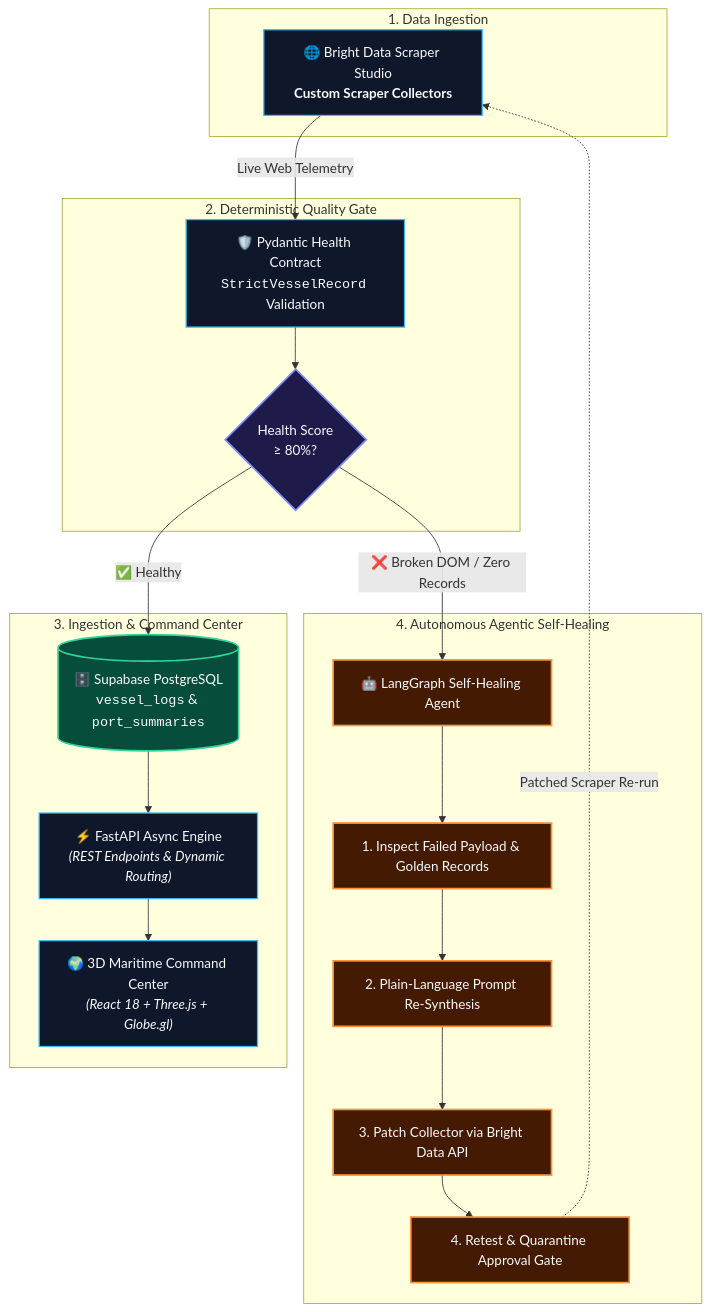
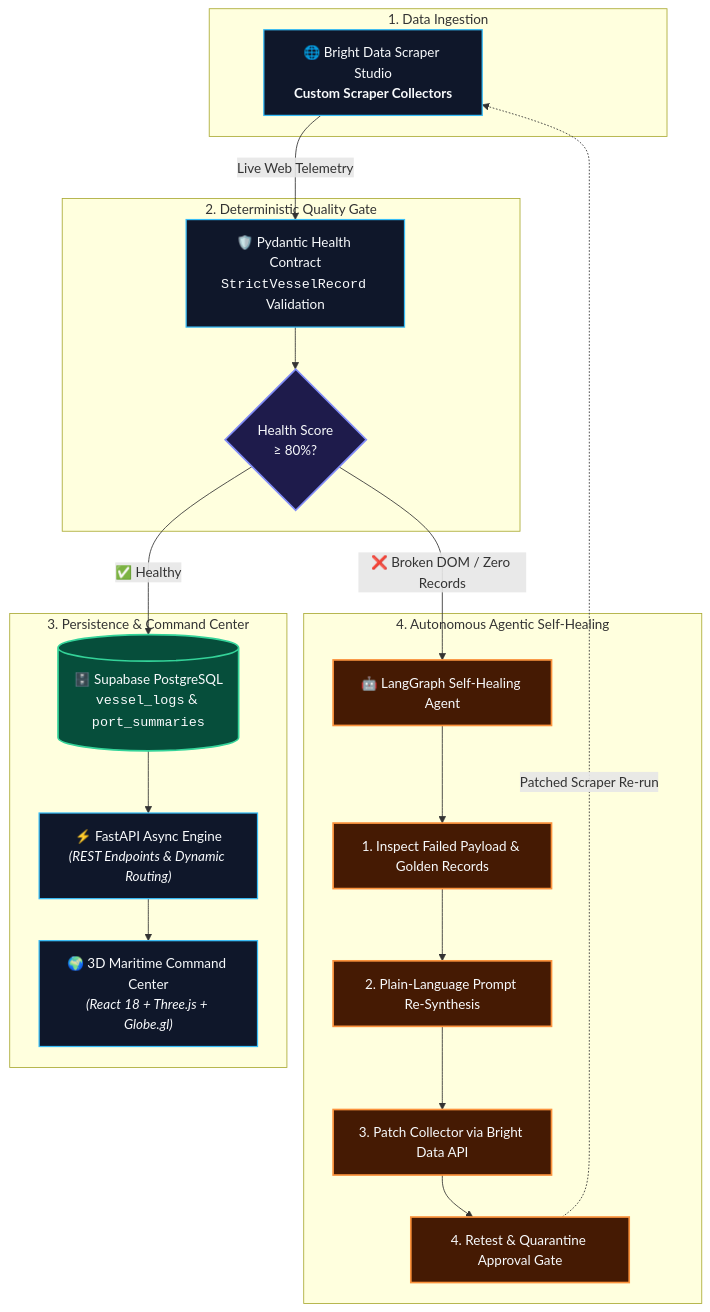
The diagram in README.md (poojan-solanki/scrape-verse-hackathone), drawn with Mermaid before and after one commit. The commit also changed other lines of this file and 1 other file, not shown here.

````diff
--- a/README.md
+++ b/README.md
@@ -40,36 +72,36 @@
 ```mermaid
 flowchart TD
     subgraph INGESTION["1. Data Ingestion"]
         BD["🌐 Bright Data Scraper Studio<br/><b>Custom Scraper Collectors</b>"]
     end
 
     subgraph VALIDATION["2. Deterministic Quality Gate"]
         BD -->|Live Web Telemetry| PYD["🛡️ Pydantic Health Contract<br/><code>StrictVesselRecord</code> Validation"]
         PYD --> CHK{"Health Score<br/>&ge; 80%?"}
     end
 
-    subgraph PERSISTENCE["3. Ingestion & Command Center"]
+    subgraph PERSISTENCE["3. Persistence & Command Center"]
         CHK -->|✅ Healthy| SB[("🗄️ Supabase PostgreSQL<br/><code>vessel_logs</code> & <code>port_summaries</code>")]
         SB --> API["⚡ FastAPI Async Engine<br/><i>(REST Endpoints & Dynamic Routing)</i>"]
         API --> UI["🌍 3D Maritime Command Center<br/><i>(React 18 + Three.js + Globe.gl)</i>"]
     end
 
     subgraph HEALING["4. Autonomous Agentic Self-Healing"]
         CHK -->|❌ Broken DOM / Zero Records| LG["🤖 LangGraph Self-Healing Agent"]
         LG --> D1["1. Inspect Failed Payload & Golden Records"]
         D1 --> D2["2. Plain-Language Prompt Re-Synthesis"]
         D2 --> D3["3. Patch Collector via Bright Data API"]
         D3 --> D4["4. Retest & Quarantine Approval Gate"]
         D4 -.->|Patched Scraper Re-run| BD
     end
 
     classDef default fill:#0f172a,stroke:#38bdf8,stroke-width:1.5px,color:#f8fafc;
     classDef success fill:#064e3b,stroke:#34d399,stroke-width:2px,color:#f8fafc;
     classDef healing fill:#451a03,stroke:#fb923c,stroke-width:2px,color:#f8fafc;
     classDef check fill:#1e1b4b,stroke:#818cf8,stroke-width:2px,color:#f8fafc;
 
     class BD,API,UI default;
     class SB success;
     class CHK check;
     class LG,D1,D2,D3,D4 healing;
 ```
````
